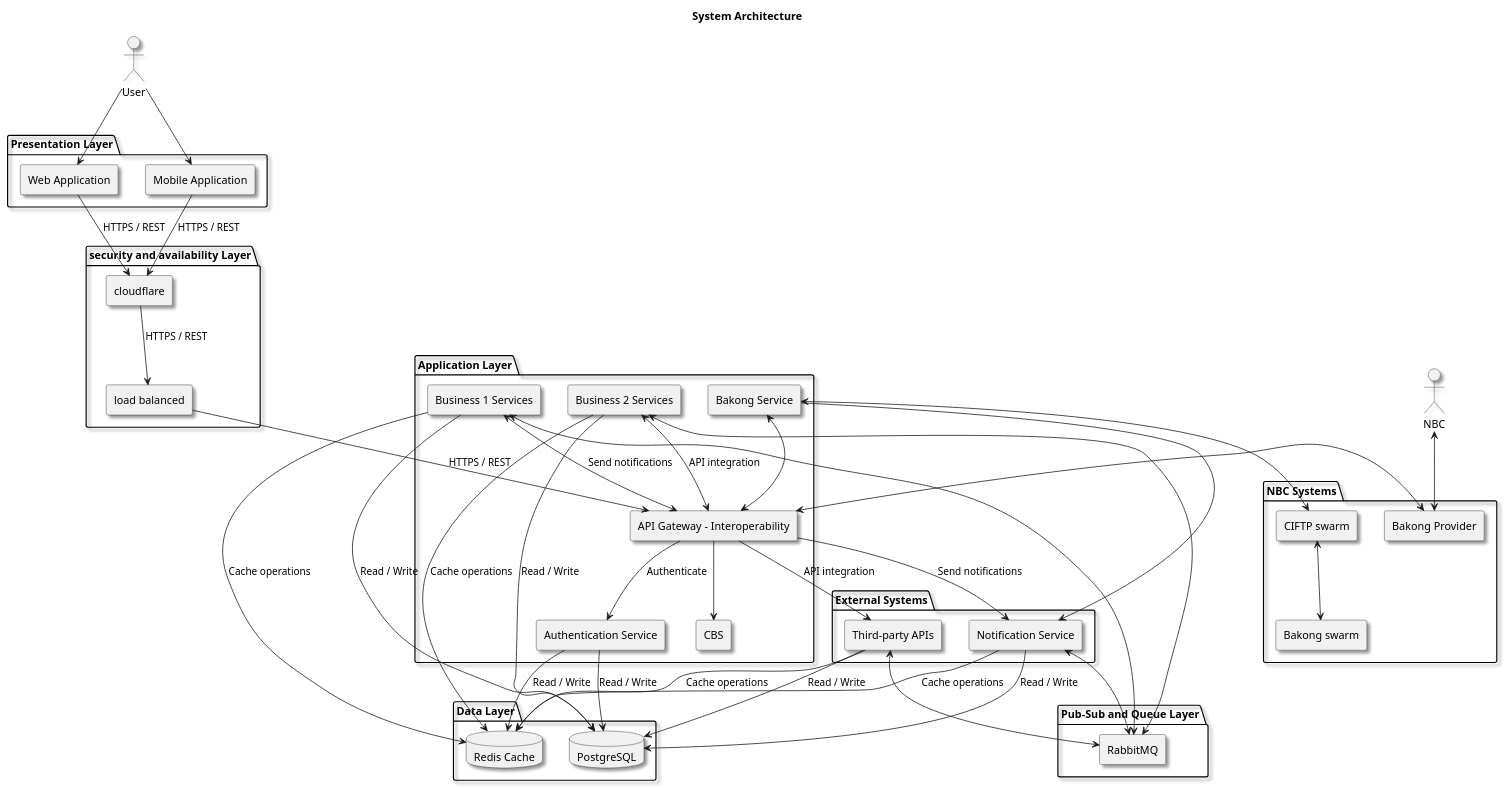
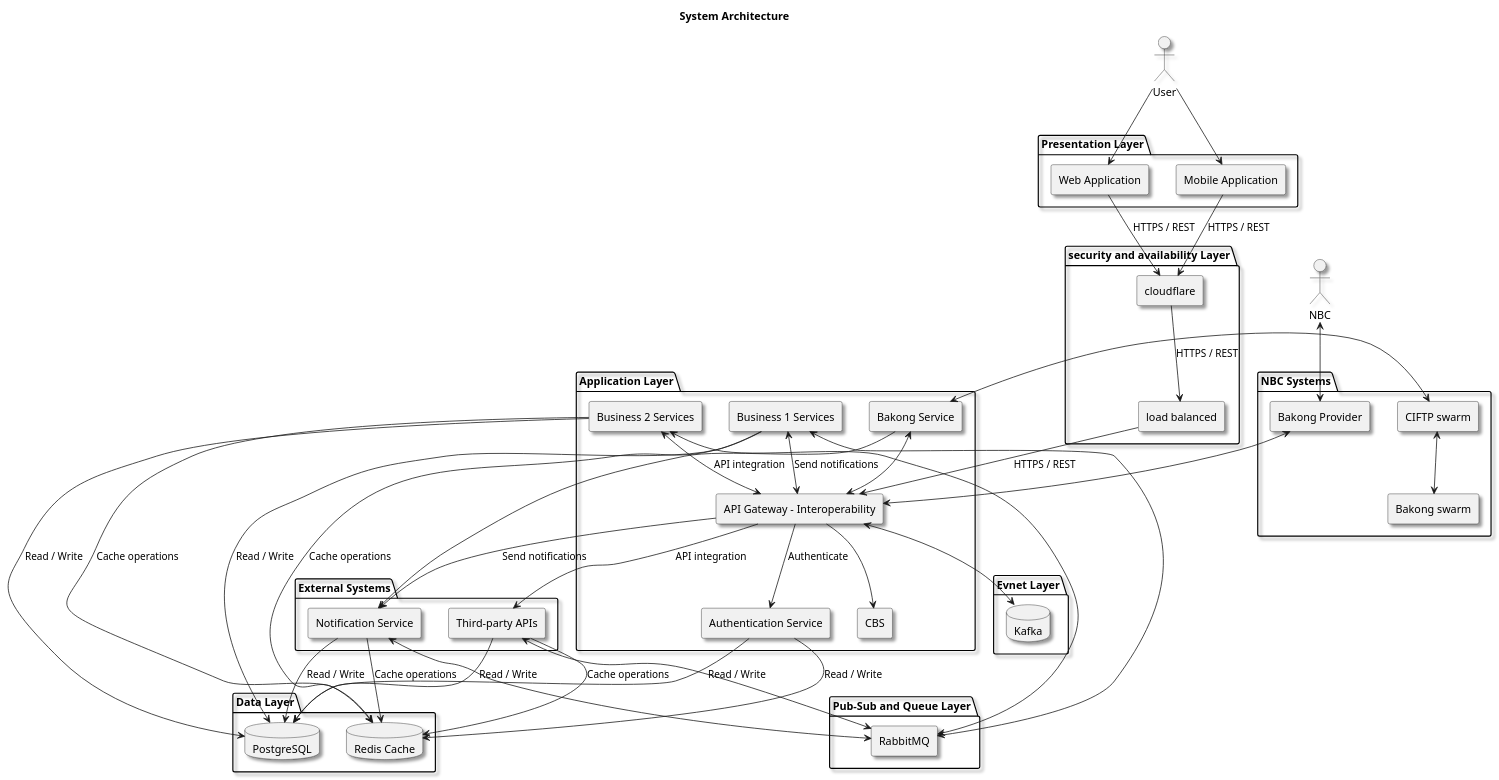
One commit to sovannotychea/ori-test changed the diagram in docs/sa.puml. Above: the diagram before and after it, drawn with PlantUML.

```diff
--- a/docs/sa.puml
+++ b/docs/sa.puml
@@ -1,79 +1,84 @@
 @startuml
 title System Architecture
 
 skinparam componentStyle rectangle
 skinparam shadowing true
 
 actor User
 actor NBC
 
 package "Presentation Layer" {
     [Web Application] as Web
     [Mobile Application] as Mobile
 }
 package "security and availability Layer" {
     [cloudflare] as cloudflare
     [load balanced] as loadbalanced
 }
 
 package "Application Layer" {
     [API Gateway - Interoperability] as Gateway
     [Authentication Service] as Auth
     [Business 1 Services] as Services1
     [Business 2 Services] as Services2
     [Bakong Service] as bakong
     [CBS] as cbs
 }
 package "Pub-Sub and Queue Layer" {
     [RabbitMQ] as mq
 }
-
+package "Evnet Layer" {
+    database "Kafka" as kafka
+}
 package "Data Layer" {
     database "PostgreSQL" as DB
     database "Redis Cache" as Redis
 }
 
 package "External Systems" {
     [Notification Service] as Notify
     [Third-party APIs] as External
 }
 package "NBC Systems" {
     [CIFTP swarm] as nbcciftp
     [Bakong swarm] as nbcbakong
     [Bakong Provider] as bakongpro
 }
+
+Gateway<-->kafka
+
 User --> Web
 User --> Mobile
 Web --> cloudflare : HTTPS / REST
 Mobile --> cloudflare : HTTPS / REST
 cloudflare --> loadbalanced : HTTPS / REST
 loadbalanced --> Gateway : HTTPS / REST
 Gateway --> Auth : Authenticate
 Gateway --> cbs
 Gateway --> Notify : Send notifications
 Gateway --> External : API integration
 Auth --> DB : Read / Write
 Auth --> Redis : Read / Write
 Services1 --> DB : Read / Write
 Services2 --> DB : Read / Write
 Services1 --> Redis : Cache operations
 Services2 --> Redis : Cache operations
 Services1 <--> Gateway : Send notifications
 Services2 <--> Gateway : API integration
 Notify --> Redis : Cache operations
 External --> Redis : Cache operations
 Notify --> DB : Read / Write
 External --> DB : Read / Write
 
 NBC <--> bakongpro
 bakongpro <--> Gateway
 bakong <--> nbcciftp
 bakong --> Notify
 bakong <--> Gateway
 nbcciftp <--> nbcbakong
 
 Services1<-->mq
 Services2<-->mq
 Notify <--> mq
 External <--> mq
 @enduml
```
